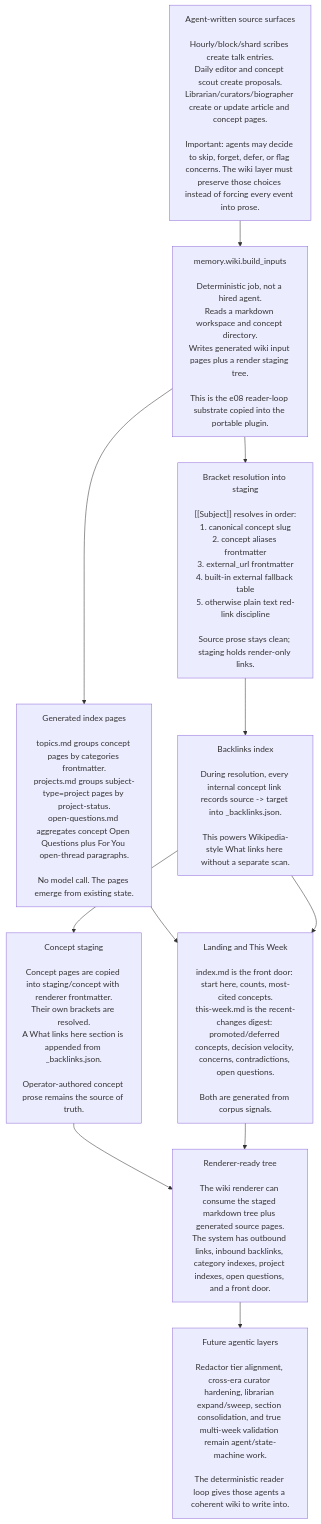
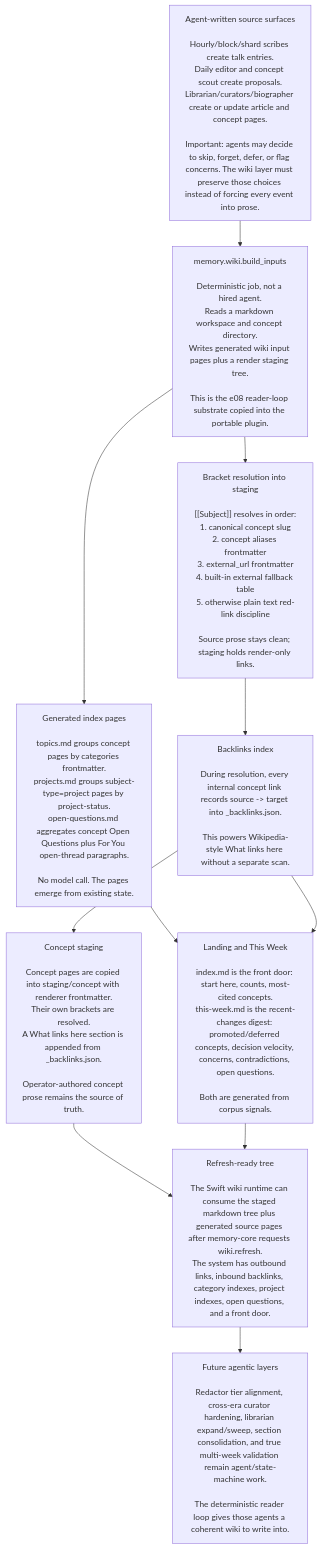
Before and after one commit to hapticasensorics/1context: the diagram in memory-core/memory/plugins/base-memory-v1/diagrams/wiki-reader-loop.md, drawn with Mermaid. The commit also changed 305 other files, not shown here.

Commit message:
Add wiki runtime v0 infrastructure

````diff
--- a/memory-core/memory/plugins/base-memory-v1/diagrams/wiki-reader-loop.md
+++ b/memory-core/memory/plugins/base-memory-v1/diagrams/wiki-reader-loop.md
@@ -10,23 +10,23 @@
 ```mermaid
 flowchart TD
   A["Agent-written source surfaces<br/><br/>Hourly/block/shard scribes create talk entries.<br/>Daily editor and concept scout create proposals.<br/>Librarian/curators/biographer create or update article and concept pages.<br/><br/>Important: agents may decide to skip, forget, defer, or flag concerns. The wiki layer must preserve those choices instead of forcing every event into prose."]
   B["memory.wiki.build_inputs<br/><br/>Deterministic job, not a hired agent.<br/>Reads a markdown workspace and concept directory.<br/>Writes generated wiki input pages plus a render staging tree.<br/><br/>This is the e08 reader-loop substrate copied into the portable plugin."]
   C["Generated index pages<br/><br/>topics.md groups concept pages by categories frontmatter.<br/>projects.md groups subject-type=project pages by project-status.<br/>open-questions.md aggregates concept Open Questions plus For You open-thread paragraphs.<br/><br/>No model call. The pages emerge from existing state."]
   D["Bracket resolution into staging<br/><br/>[[Subject]] resolves in order:<br/>1. canonical concept slug<br/>2. concept aliases frontmatter<br/>3. external_url frontmatter<br/>4. built-in external fallback table<br/>5. otherwise plain text red-link discipline<br/><br/>Source prose stays clean; staging holds render-only links."]
   E["Backlinks index<br/><br/>During resolution, every internal concept link records source -> target into _backlinks.json.<br/><br/>This powers Wikipedia-style What links here without a separate scan."]
   F["Concept staging<br/><br/>Concept pages are copied into staging/concept with renderer frontmatter.<br/>Their own brackets are resolved.<br/>A What links here section is appended from _backlinks.json.<br/><br/>Operator-authored concept prose remains the source of truth."]
   G["Landing and This Week<br/><br/>index.md is the front door: start here, counts, most-cited concepts.<br/>this-week.md is the recent-changes digest: promoted/deferred concepts, decision velocity, concerns, contradictions, open questions.<br/><br/>Both are generated from corpus signals."]
-  H["Renderer-ready tree<br/><br/>The wiki renderer can consume the staged markdown tree plus generated source pages.<br/>The system has outbound links, inbound backlinks, category indexes, project indexes, open questions, and a front door."]
+  H["Refresh-ready tree<br/><br/>The Swift wiki runtime can consume the staged markdown tree plus generated source pages after memory-core requests wiki.refresh.<br/>The system has outbound links, inbound backlinks, category indexes, project indexes, open questions, and a front door."]
   I["Future agentic layers<br/><br/>Redactor tier alignment, cross-era curator hardening, librarian expand/sweep, section consolidation, and true multi-week validation remain agent/state-machine work.<br/><br/>The deterministic reader loop gives those agents a coherent wiki to write into."]
 
   A --> B
   B --> C
   B --> D
   D --> E
   E --> F
   C --> G
   E --> G
   F --> H
   G --> H
   H --> I
 ```
````
